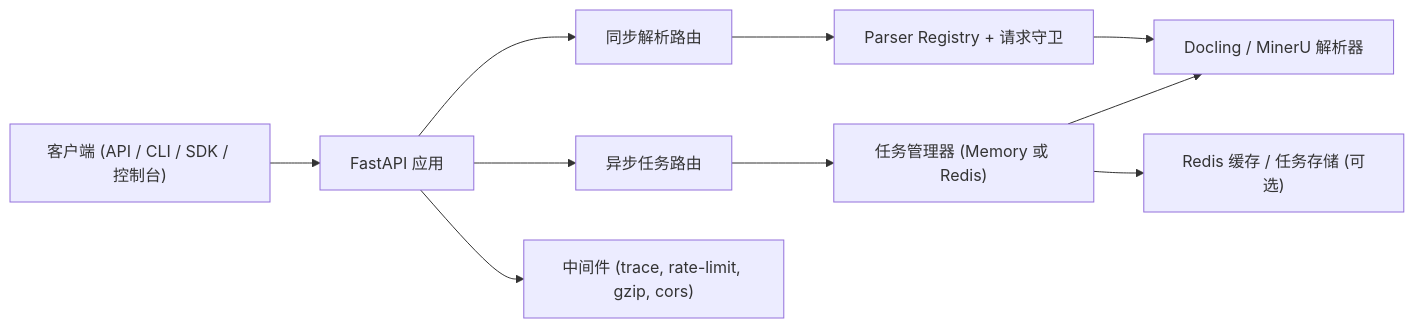
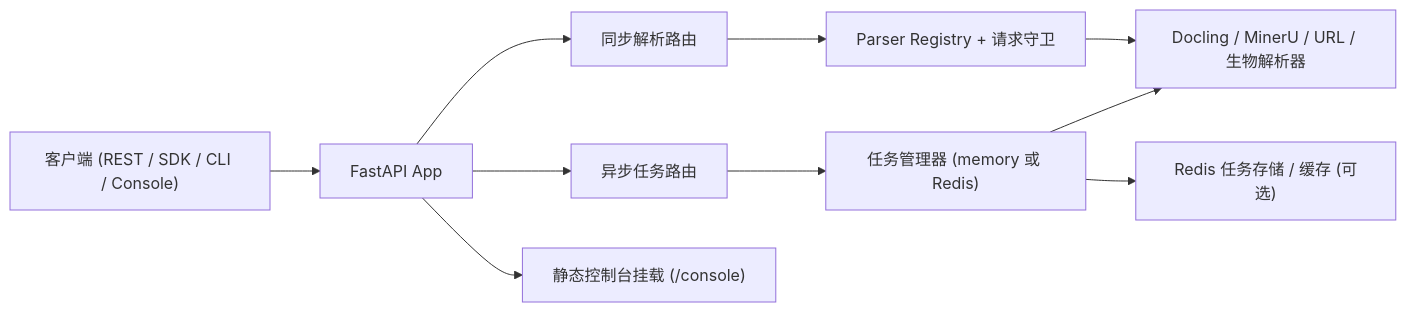
Before and after one commit to Tendo33/markio: the diagram in README.zh.md, drawn with Mermaid. The commit also changed other lines of this file and 24 other files, not shown here.

````diff
--- a/README.zh.md
+++ b/README.zh.md
@@ -41,12 +52,12 @@
 ```mermaid
 flowchart LR
-    A["客户端 (API / CLI / SDK / 控制台)"] --> B["FastAPI 应用"]
+    A["客户端 (REST / SDK / CLI / Console)"] --> B["FastAPI App"]
     B --> C["同步解析路由"]
     B --> D["异步任务路由"]
-    C --> E["Parser Registry + 请求守卫"]
-    E --> F["Docling / MinerU 解析器"]
-    D --> G["任务管理器 (Memory 或 Redis)"]
-    G --> F
-    G --> H["Redis 缓存 / 任务存储 (可选)"]
-    B --> I["中间件 (trace, rate-limit, gzip, cors)"]
+    B --> E["静态控制台挂载 (/console)"]
+    C --> F["Parser Registry + 请求守卫"]
+    F --> G["Docling / MinerU / URL / 生物解析器"]
+    D --> H["任务管理器 (memory 或 Redis)"]
+    H --> G
+    H --> I["Redis 任务存储 / 缓存 (可选)"]
 ```
````
